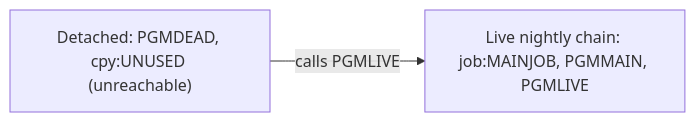
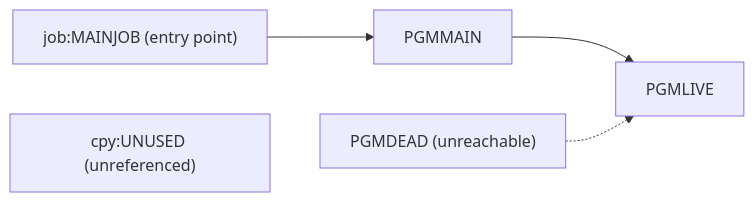
One commit to Sparq-Holding-Inc/claude-legacy-modernization changed the diagram in evals/runs/11-dead-program/modernization-assessment/02-coupling.md. Above: the diagram before and after it, drawn with Mermaid. The commit also changed other lines of this file and 252 other files, not shown here.

````diff
--- a/evals/runs/11-dead-program/modernization-assessment/02-coupling.md
+++ b/evals/runs/11-dead-program/modernization-assessment/02-coupling.md
@@ -21,5 +30,6 @@
 ```mermaid
-graph LR
-  D["Detached: PGMDEAD, cpy:UNUSED (unreachable)"] -->|calls PGMLIVE| L
-  L["Live nightly chain: job:MAINJOB, PGMMAIN, PGMLIVE"]
+flowchart LR
+  J["job:MAINJOB (entry point)"] --> M["PGMMAIN"] --> L["PGMLIVE"]
+  D["PGMDEAD (unreachable)"] -.-> L
+  C["cpy:UNUSED (unreferenced)"]
 ```
````
